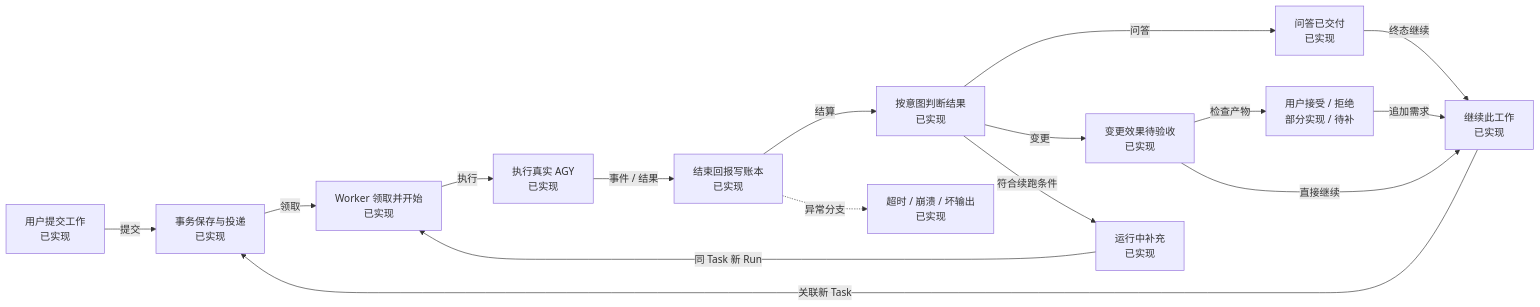
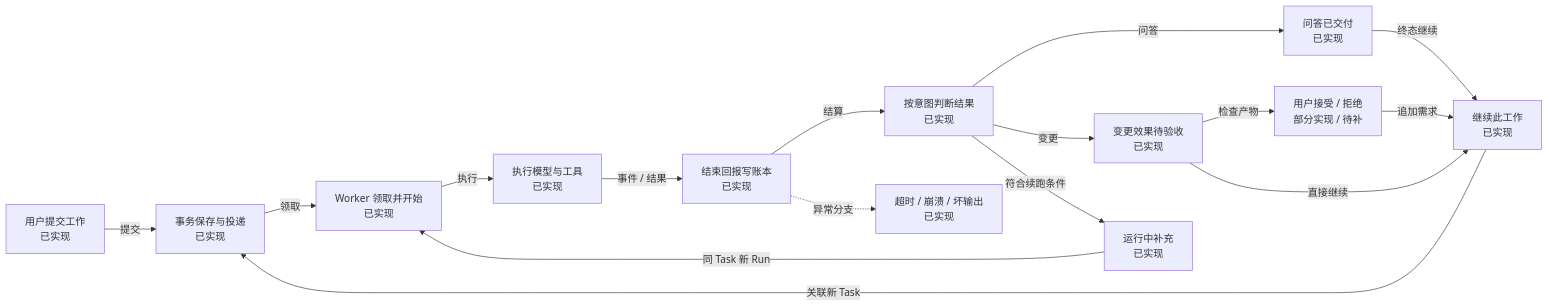
Before and after one commit to insky2017/OpenAgentX: the second of 7 diagrams in docs/design/CURRENT_ARCHITECTURE.md, drawn with Mermaid. The commit also changed other lines of this file and 629 other files, not shown here.

````diff
--- a/docs/design/CURRENT_ARCHITECTURE.md
+++ b/docs/design/CURRENT_ARCHITECTURE.md
@@ -84,30 +84,30 @@
 ```mermaid
 flowchart LR
   submit["用户提交工作<br/>已实现"]
   commit["事务保存与投递<br/>已实现"]
   begin["Worker 领取并开始<br/>已实现"]
-  execute["执行真实 AGY<br/>已实现"]
+  execute["执行模型与工具<br/>已实现"]
   finish["结束回报写账本<br/>已实现"]
   classify["按意图判断结果<br/>已实现"]
   query["问答已交付<br/>已实现"]
   mutation["变更效果待验收<br/>已实现"]
   review["用户接受 / 拒绝<br/>部分实现 / 待补"]
   continue["继续此工作<br/>已实现"]
   nextturn["运行中补充<br/>已实现"]
   unknown["超时 / 崩溃 / 坏输出<br/>已实现"]
   submit -->|"提交"| commit
   commit -->|"领取"| begin
   begin -->|"执行"| execute
   execute -->|"事件 / 结果"| finish
   finish -->|"结算"| classify
   classify -->|"问答"| query
   classify -->|"变更"| mutation
   mutation -->|"检查产物"| review
   review -->|"追加需求"| continue
   classify -->|"符合续跑条件"| nextturn
   finish -.->|"异常分支"| unknown
   query -->|"终态继续"| continue
   mutation -->|"直接继续"| continue
   nextturn -->|"同 Task 新 Run"| begin
   continue -->|"关联新 Task"| commit
 ```
````
